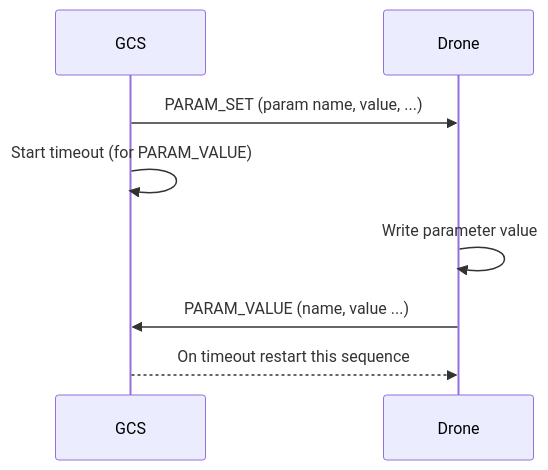
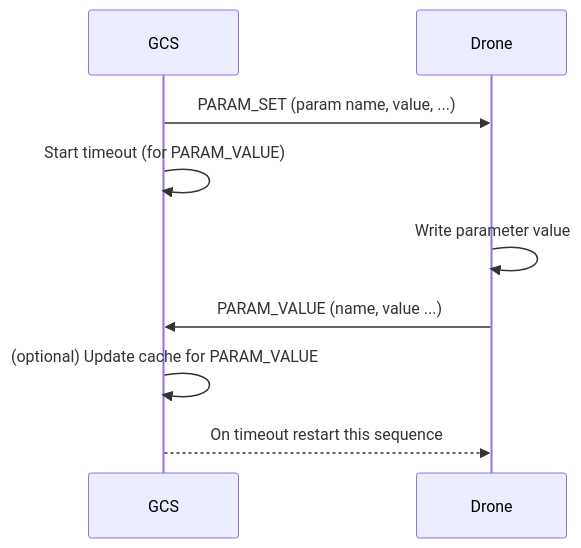
The fourth of 4 diagrams in en/services/parameter.md (mavlink/mavlink-devguide), drawn with Mermaid before and after one commit. The commit also changed other lines of this file, not shown here.

```diff
--- a/en/services/parameter.md
+++ b/en/services/parameter.md
@@ -176,10 +182,11 @@
 {% mermaid %}
 sequenceDiagram;
     participant GCS
     participant Drone
     GCS->>Drone: PARAM_SET (param name, value, ...)
     GCS->>GCS: Start timeout (for PARAM_VALUE)
     Drone->>Drone: Write parameter value
     Drone->>GCS: PARAM_VALUE (name, value ...)
+    GCS->>GCS: (optional) Update cache for PARAM_VALUE
     GCS-->>Drone: On timeout restart this sequence
 {% endmermaid %}
```
